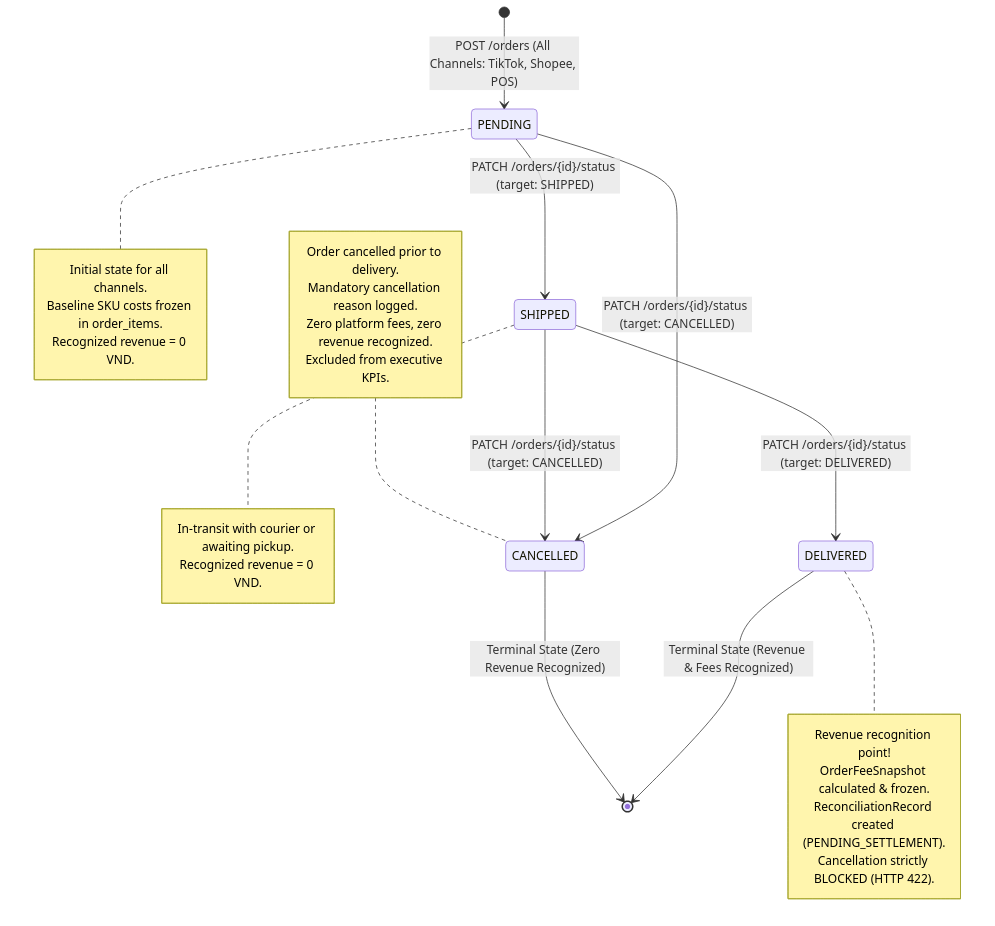
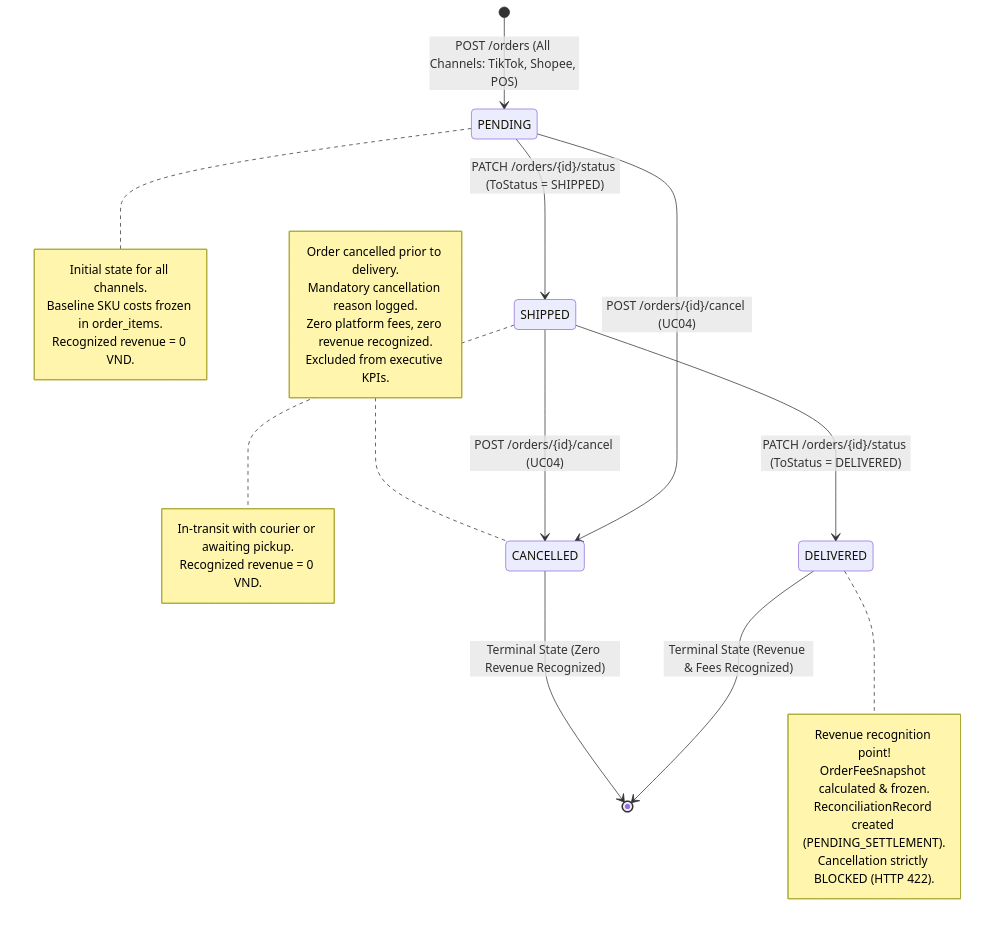
The first of 3 diagrams in docs/architecture/state_diagrams_en.md (duchoa0405/Quanly_DoanhThu_LoiNhuan_DangDucHoa_VSF), drawn with Mermaid before and after one commit. The commit also changed other lines of this file and 1 other file, not shown here.

Commit message:
fix workflow and state diagram consistency

````diff
--- a/docs/architecture/state_diagrams_en.md
+++ b/docs/architecture/state_diagrams_en.md
@@ -25,40 +25,40 @@
 ```mermaid
 stateDiagram-v2
     direction TB
 
     [*] --> PENDING : POST /orders (All Channels: TikTok, Shopee, POS)
 
-    PENDING --> SHIPPED : PATCH /orders/{id}/status (target: SHIPPED)
-    PENDING --> CANCELLED : PATCH /orders/{id}/status (target: CANCELLED)
+    PENDING --> SHIPPED : PATCH /orders/{id}/status (ToStatus = SHIPPED)
+    PENDING --> CANCELLED : POST /orders/{id}/cancel (UC04)
 
-    SHIPPED --> DELIVERED : PATCH /orders/{id}/status (target: DELIVERED)
-    SHIPPED --> CANCELLED : PATCH /orders/{id}/status (target: CANCELLED)
+    SHIPPED --> DELIVERED : PATCH /orders/{id}/status (ToStatus = DELIVERED)
+    SHIPPED --> CANCELLED : POST /orders/{id}/cancel (UC04)
 
     DELIVERED --> [*] : Terminal State (Revenue & Fees Recognized)
     CANCELLED --> [*] : Terminal State (Zero Revenue Recognized)
 
     note right of PENDING
         Initial state for all channels.
         Baseline SKU costs frozen in order_items.
         Recognized revenue = 0 VND.
     end note
 
     note right of SHIPPED
         In-transit with courier or awaiting pickup.
         Recognized revenue = 0 VND.
     end note
 
     note right of DELIVERED
         Revenue recognition point!
         OrderFeeSnapshot calculated & frozen.
         ReconciliationRecord created (PENDING_SETTLEMENT).
         Cancellation strictly BLOCKED (HTTP 422).
     end note
 
     note left of CANCELLED
         Order cancelled prior to delivery.
         Mandatory cancellation reason logged.
         Zero platform fees, zero revenue recognized.
         Excluded from executive KPIs.
     end note
 ```
````
